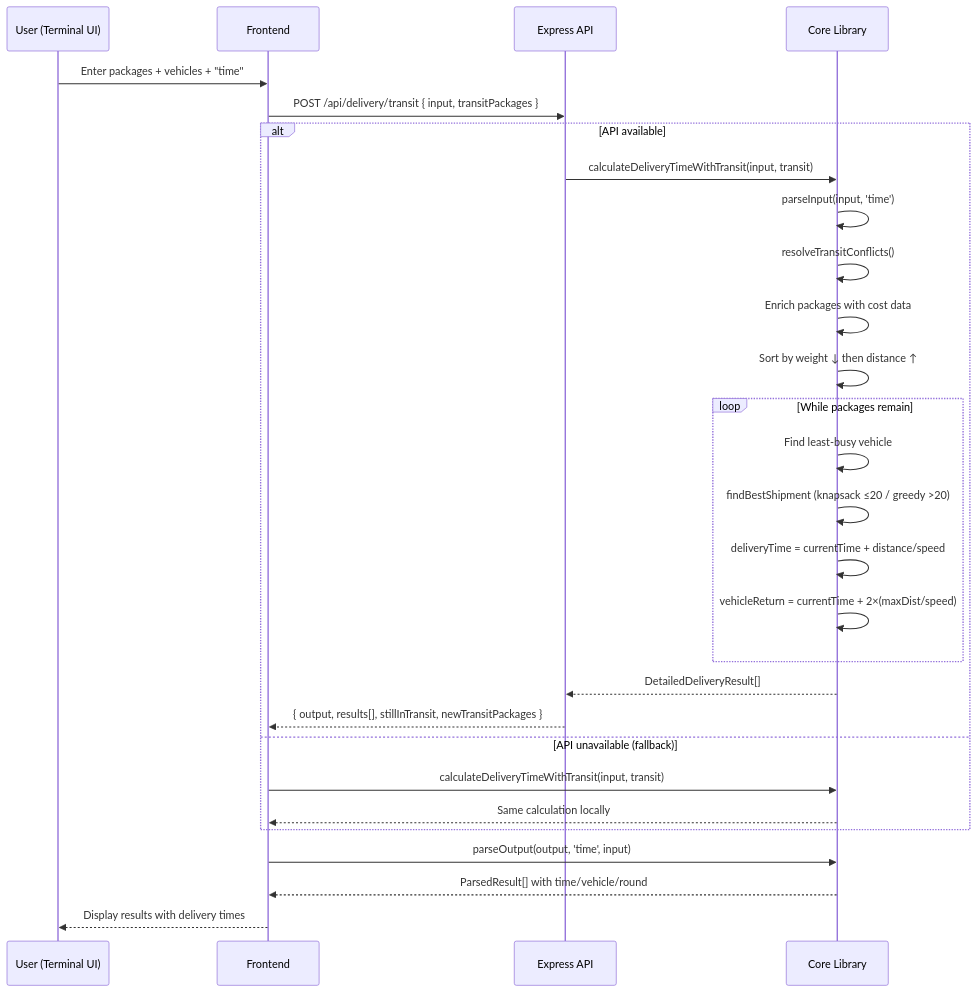
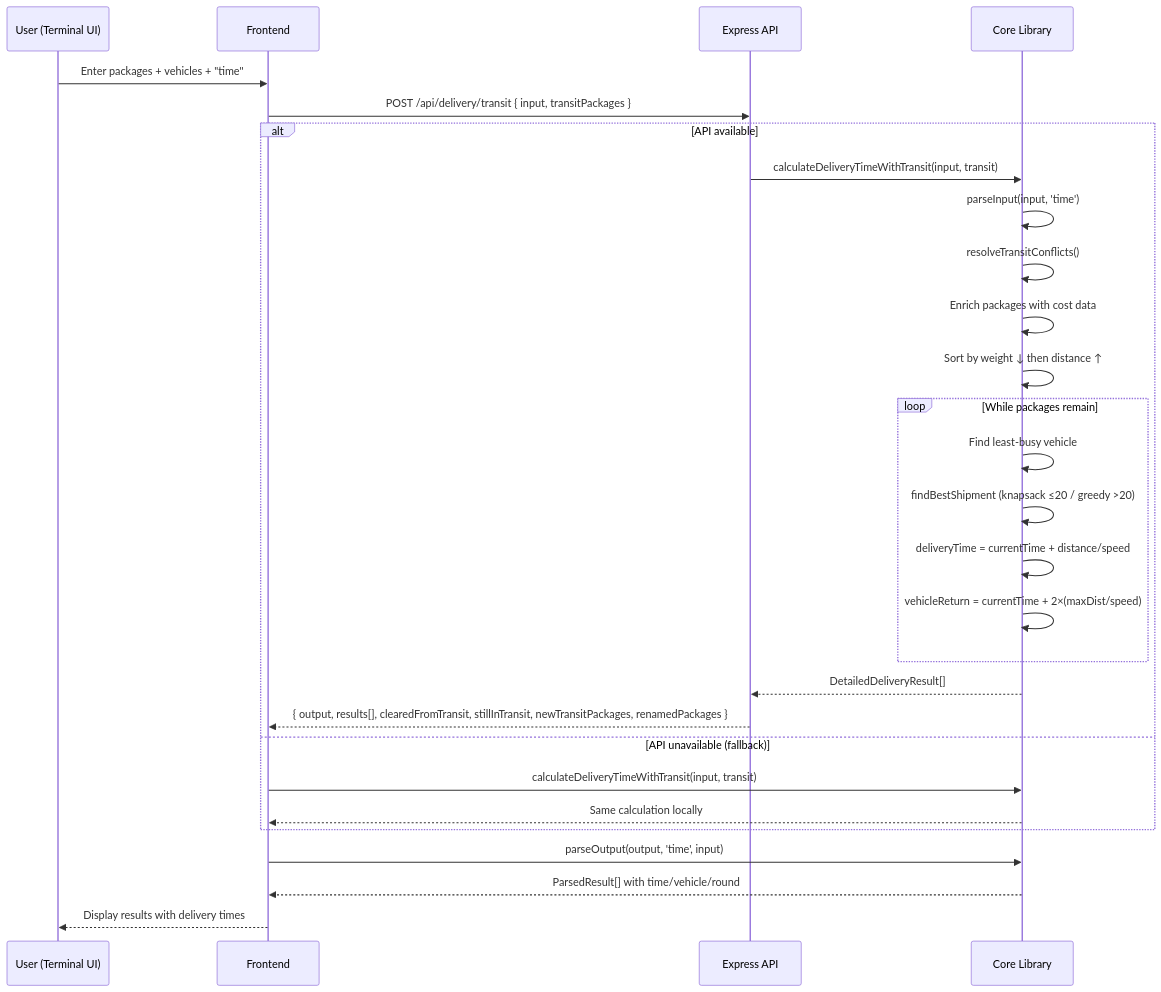
Before and after one commit to nurulizyansyaza/courier-service: the third of 6 diagrams in README.md, drawn with Mermaid. The commit also changed other lines of this file, not shown here.

Commit message:
update api response, diagrams

````diff
--- a/README.md
+++ b/README.md
@@ -65,35 +65,35 @@
 ```mermaid
 sequenceDiagram
     participant U as User (Terminal UI)
     participant FE as Frontend
     participant API as Express API
     participant Core as Core Library
 
     U->>FE: Enter packages + vehicles + "time"
     FE->>API: POST /api/delivery/transit { input, transitPackages }
 
     alt API available
         API->>Core: calculateDeliveryTimeWithTransit(input, transit)
         Core->>Core: parseInput(input, 'time')
         Core->>Core: resolveTransitConflicts()
         Core->>Core: Enrich packages with cost data
         Core->>Core: Sort by weight ↓ then distance ↑
 
         loop While packages remain
             Core->>Core: Find least-busy vehicle
             Core->>Core: findBestShipment (knapsack ≤20 / greedy >20)
             Core->>Core: deliveryTime = currentTime + distance/speed
             Core->>Core: vehicleReturn = currentTime + 2×(maxDist/speed)
         end
 
         Core-->>API: DetailedDeliveryResult[]
-        API-->>FE: { output, results[], stillInTransit, newTransitPackages }
+        API-->>FE: { output, results[], clearedFromTransit, stillInTransit, newTransitPackages, renamedPackages }
     else API unavailable (fallback)
         FE->>Core: calculateDeliveryTimeWithTransit(input, transit)
         Core-->>FE: Same calculation locally
     end
 
     FE->>Core: parseOutput(output, 'time', input)
     Core-->>FE: ParsedResult[] with time/vehicle/round
     FE-->>U: Display results with delivery times
 ```
````
